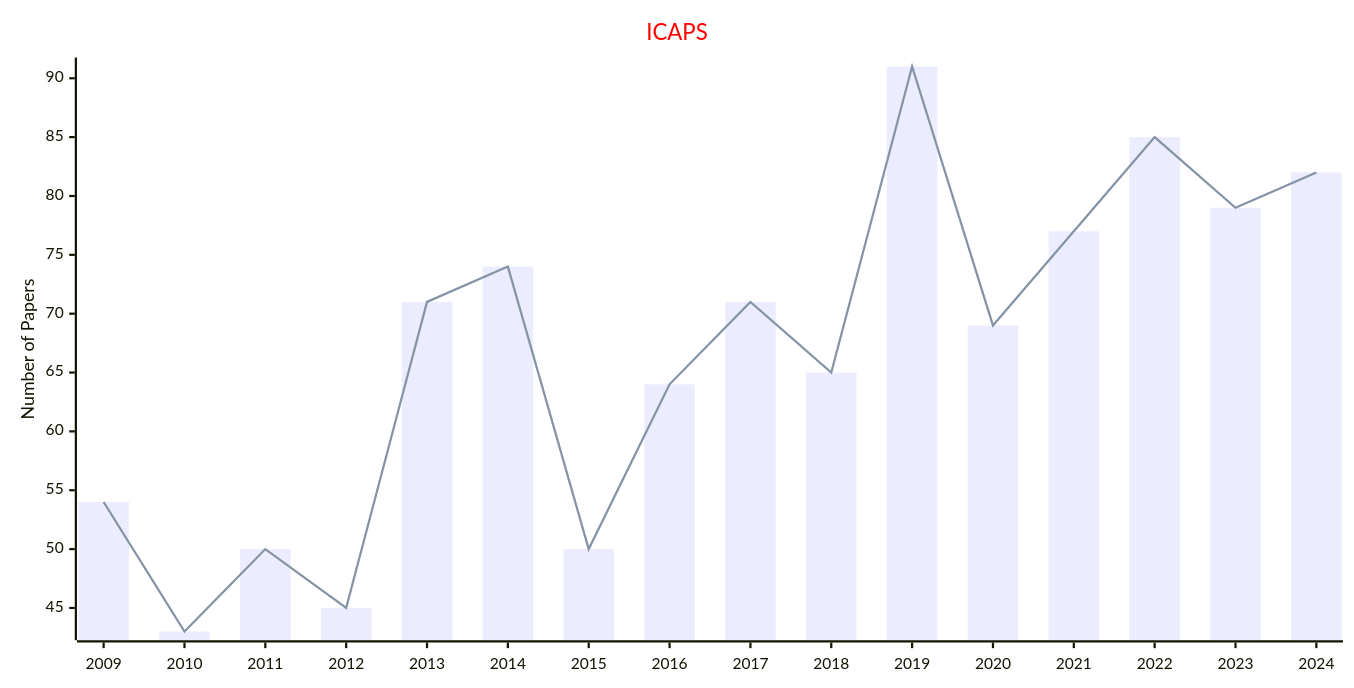
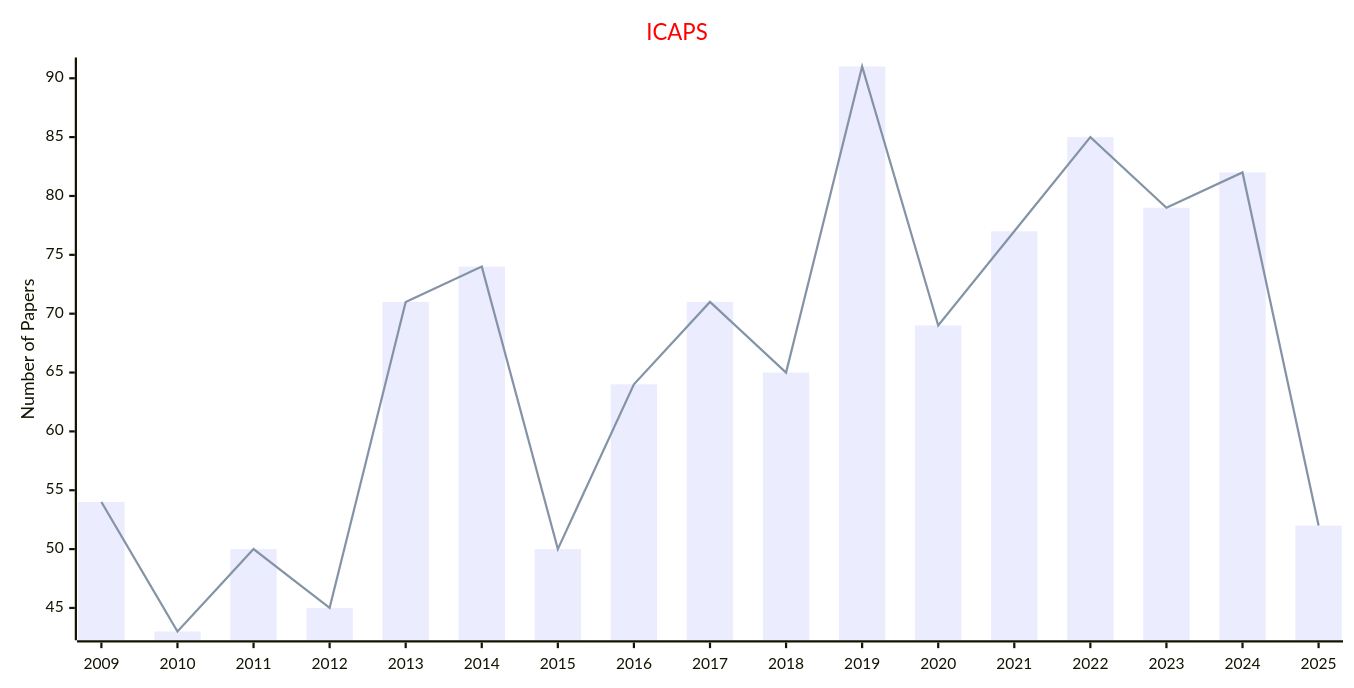
Before and after one commit to Easy-PhD/AILinks: the diagram in docs/data/Conferences/Statistics_Conferences/Planning_and_Scheduling.md, drawn with Mermaid. The commit also changed 15 other files, not shown here.

````diff
--- a/docs/data/Conferences/Statistics_Conferences/Planning_and_Scheduling.md
+++ b/docs/data/Conferences/Statistics_Conferences/Planning_and_Scheduling.md
@@ -9,17 +9,17 @@
 ```mermaid
 ---
 config:
     xyChart:
         width: 1200
         height: 600
     themeVariables:
         xyChart:
             titleColor: "#ff0000"
 ---
 xychart-beta
     title "ICAPS"
-    x-axis [2009, 2010, 2011, 2012, 2013, 2014, 2015, 2016, 2017, 2018, 2019, 2020, 2021, 2022, 2023, 2024]
+    x-axis [2009, 2010, 2011, 2012, 2013, 2014, 2015, 2016, 2017, 2018, 2019, 2020, 2021, 2022, 2023, 2024, 2025]
     y-axis "Number of Papers"
-    bar [54, 43, 50, 45, 71, 74, 50, 64, 71, 65, 91, 69, 77, 85, 79, 82]
-    line [54, 43, 50, 45, 71, 74, 50, 64, 71, 65, 91, 69, 77, 85, 79, 82]
+    bar [54, 43, 50, 45, 71, 74, 50, 64, 71, 65, 91, 69, 77, 85, 79, 82, 52]
+    line [54, 43, 50, 45, 71, 74, 50, 64, 71, 65, 91, 69, 77, 85, 79, 82, 52]
 ```
````
